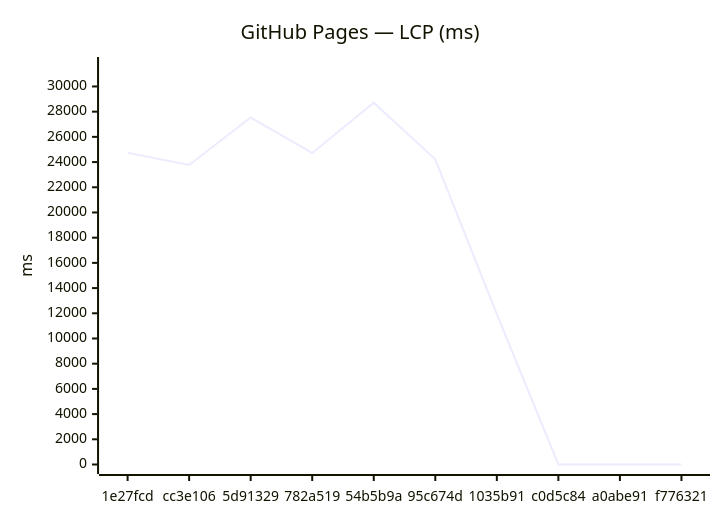
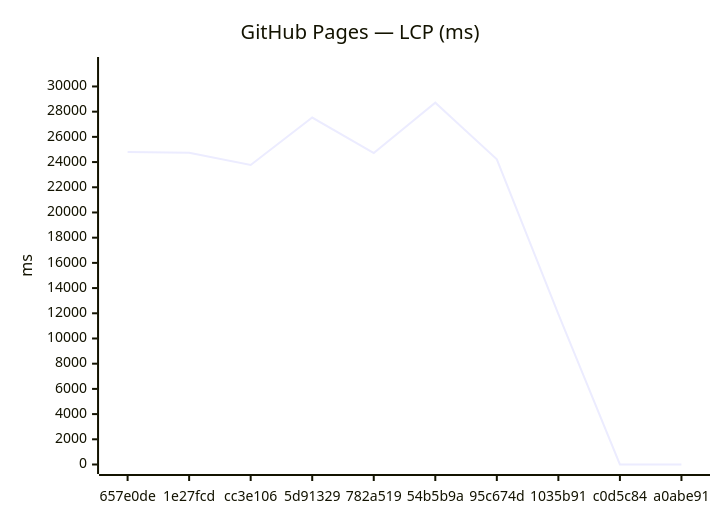
One commit to Metaheurist/Rianell changed the third of 18 diagrams in benchmarks/compare.md. Above: the diagram before and after it, drawn with Mermaid. The commit also changed other lines of this file and 11 other files, not shown here.

````diff
--- a/benchmarks/compare.md
+++ b/benchmarks/compare.md
@@ -54,7 +54,7 @@
 ```mermaid
 xychart-beta
     title "GitHub Pages — LCP (ms)"
-    x-axis ["1e27fcd", "cc3e106", "5d91329", "782a519", "54b5b9a", "95c674d", "1035b91", "c0d5c84", "a0abe91", "f776321"]
+    x-axis ["657e0de", "1e27fcd", "cc3e106", "5d91329", "782a519", "54b5b9a", "95c674d", "1035b91", "c0d5c84", "a0abe91"]
     y-axis "ms" 0 --> 31584
-    line [24744, 23765, 27536, 24725, 28712, 24213, 11936, 0, 0, 0]
+    line [24797, 24744, 23765, 27536, 24725, 28712, 24213, 11936, 0, 0]
 ```
````
